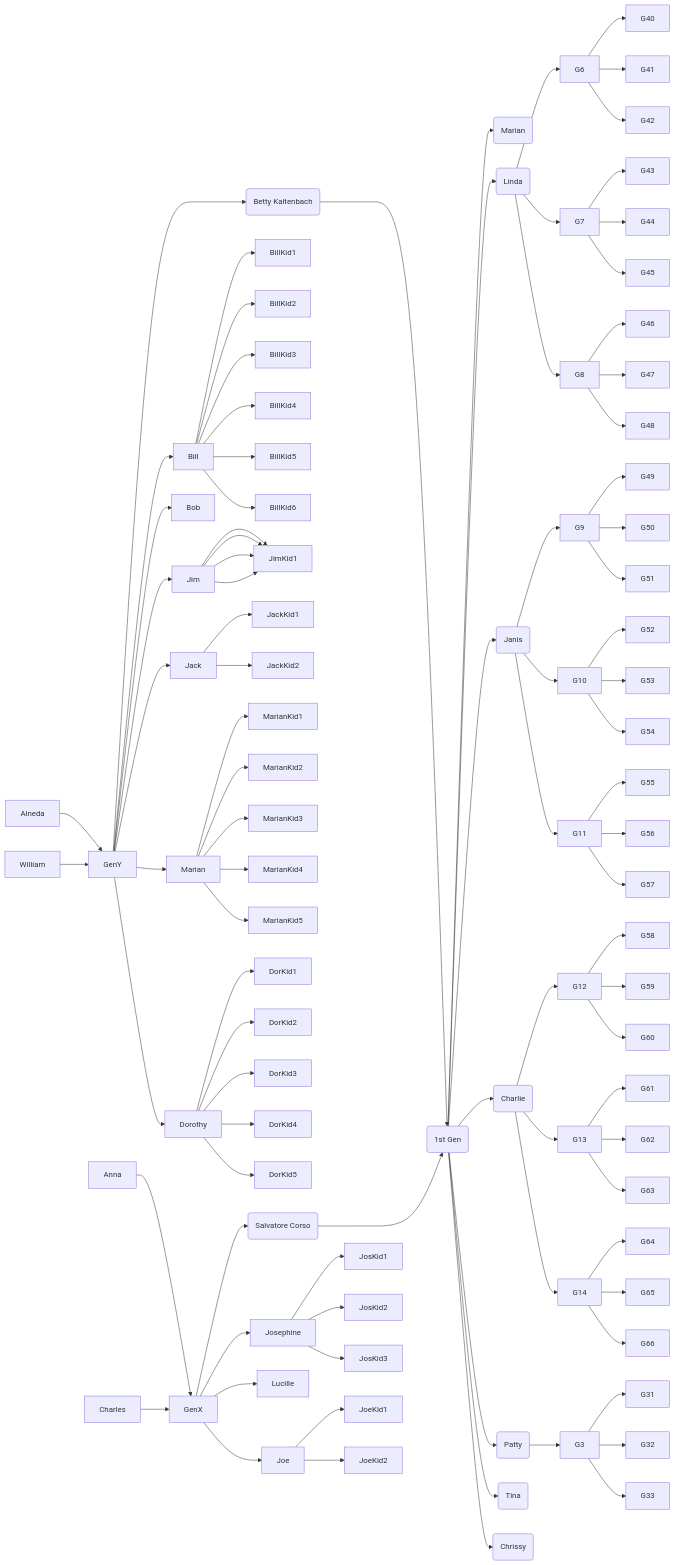
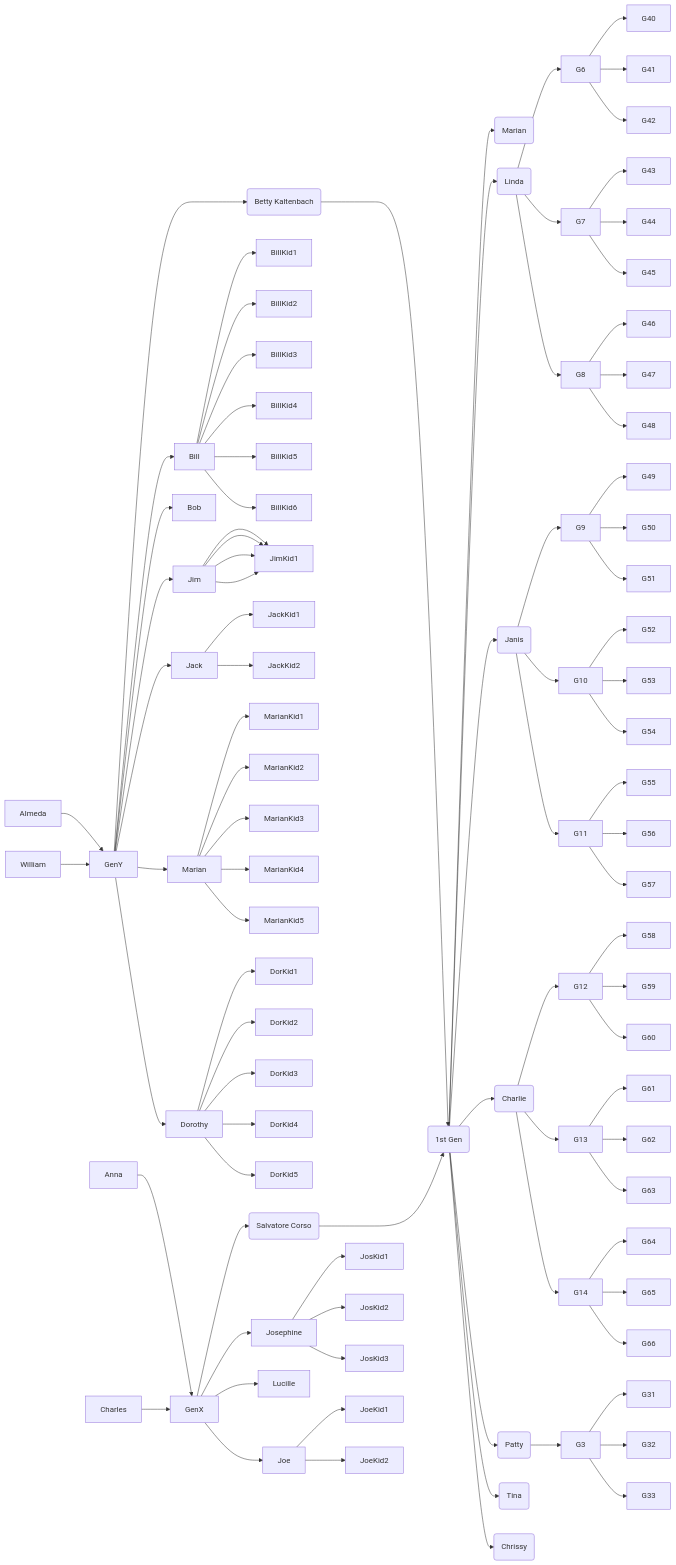
Before and after one commit to corsokalte/corsokalte.github.io: the diagram in _posts/2023-03-04-Family Genealogy.md, drawn with Mermaid.

Commit message:
misspelled Almeda

```diff
--- a/_posts/2023-03-04-Family Genealogy.md
+++ b/_posts/2023-03-04-Family Genealogy.md
@@ -16,7 +16,7 @@
 
 GenY ---> Mo(Betty Kaltenbach) 
 
-Alneda --> GenY
+Almeda --> GenY
 William --> GenY
 
 GenY --> Bill
```
